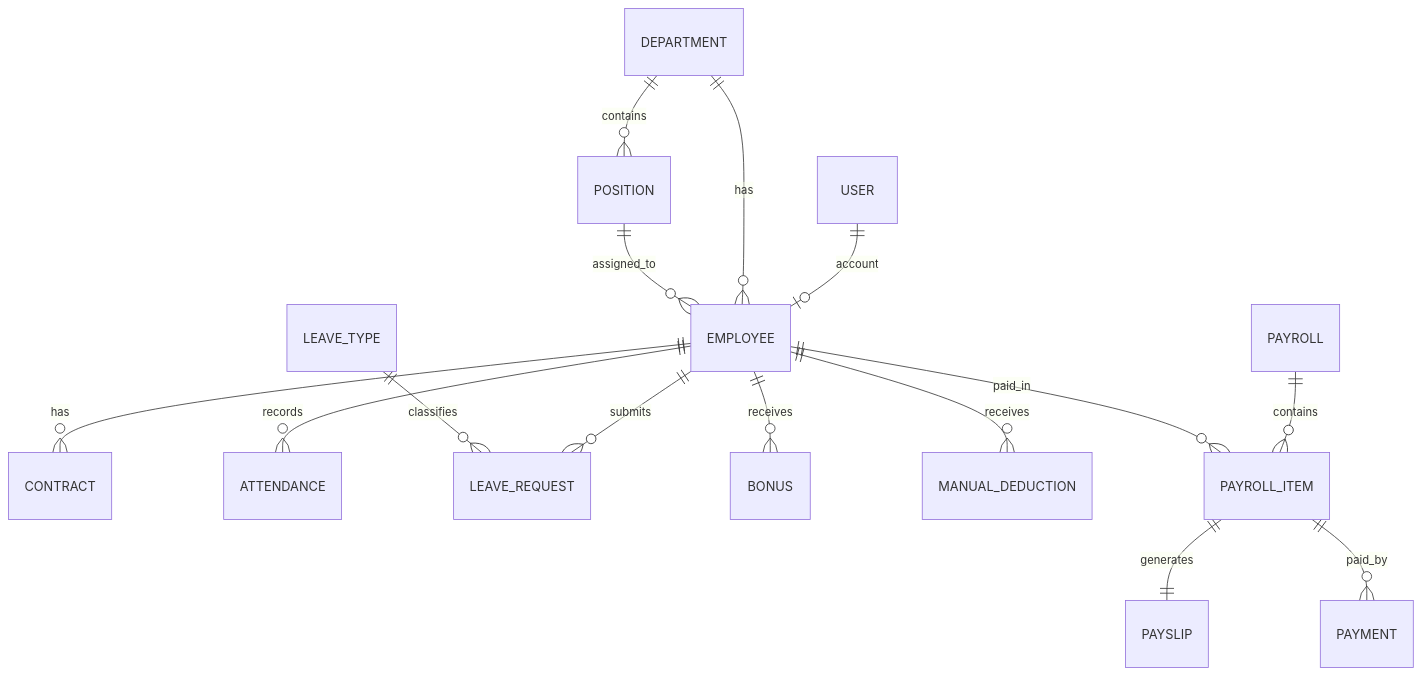
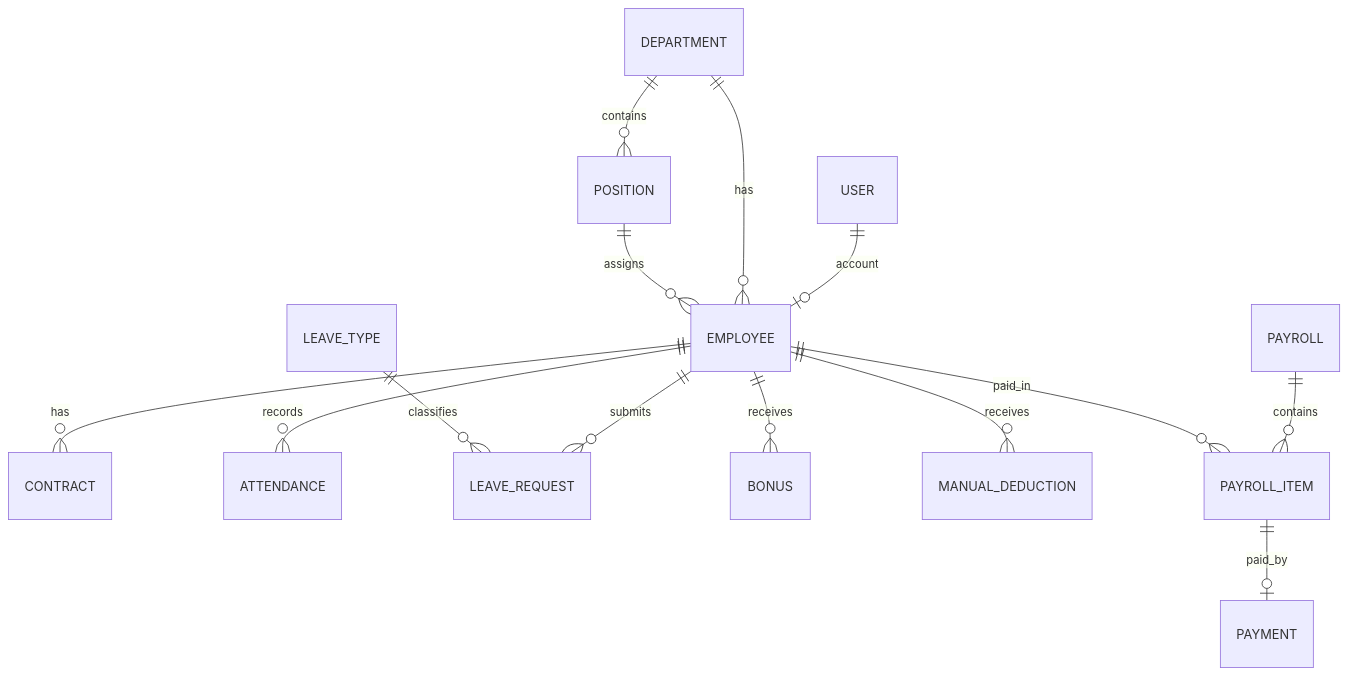
The diagram in docs/erd.md (Ahmad-khalaf517/HRFlow), drawn with Mermaid before and after one commit. The commit also changed other lines of this file and 17 other files, not shown here.

Commit message:
docs: streamline HRFlow plan and add Neon schema

````diff
--- a/docs/erd.md
+++ b/docs/erd.md
@@ -396,17 +70,16 @@
 ```mermaid
 erDiagram
-    USER ||--o| EMPLOYEE : "account"
+    USER ||--o| EMPLOYEE : account
     DEPARTMENT ||--o{ POSITION : contains
     DEPARTMENT ||--o{ EMPLOYEE : has
-    POSITION ||--o{ EMPLOYEE : assigned_to
+    POSITION ||--o{ EMPLOYEE : assigns
     EMPLOYEE ||--o{ CONTRACT : has
     EMPLOYEE ||--o{ ATTENDANCE : records
     EMPLOYEE ||--o{ LEAVE_REQUEST : submits
     LEAVE_TYPE ||--o{ LEAVE_REQUEST : classifies
     EMPLOYEE ||--o{ BONUS : receives
     EMPLOYEE ||--o{ MANUAL_DEDUCTION : receives
     PAYROLL ||--o{ PAYROLL_ITEM : contains
     EMPLOYEE ||--o{ PAYROLL_ITEM : paid_in
-    PAYROLL_ITEM ||--|| PAYSLIP : generates
-    PAYROLL_ITEM ||--o{ PAYMENT : paid_by
+    PAYROLL_ITEM ||--o| PAYMENT : paid_by
 ```
````
